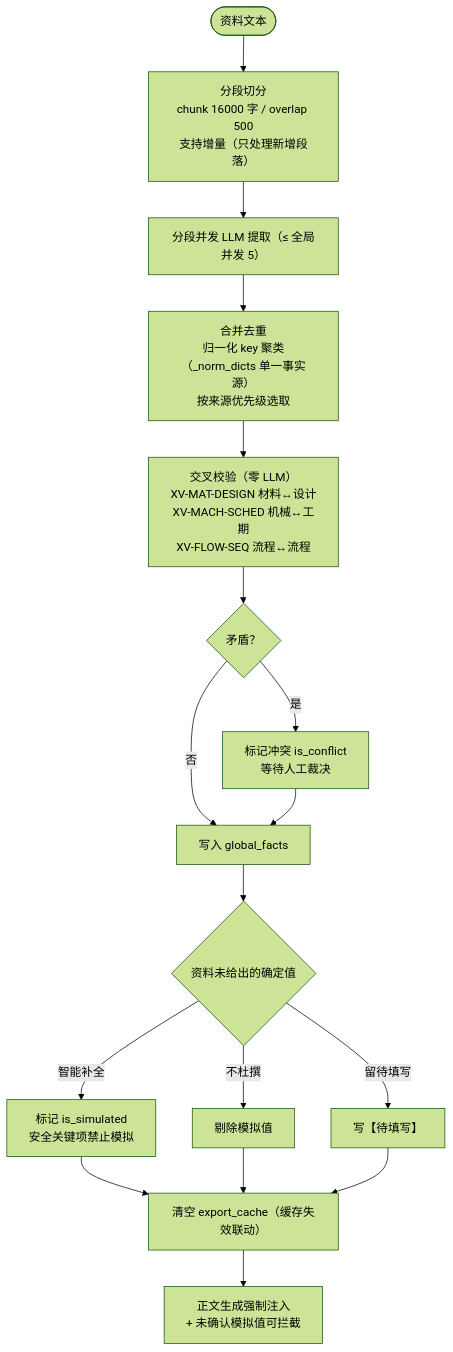
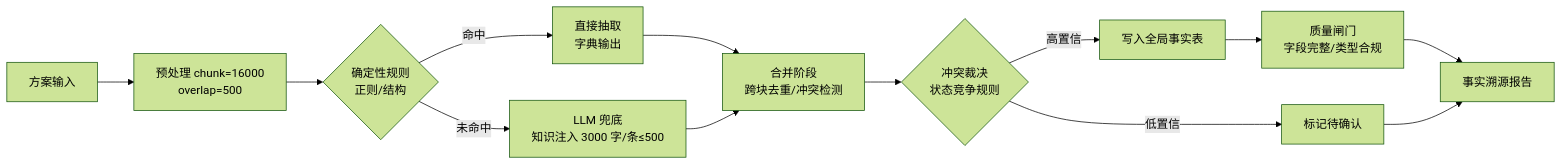
Diagram 16 of 34 in docs/技术架构文档.MD (he-fei-ai/bidforge-jiangong), drawn with Mermaid (forest theme) before and after one commit. The commit also changed other lines of this file and 2 other files, not shown here.

First line of the commit message:
docs: 主文档更新至 v5.4，合并 v5.3 图集并对齐 2026-11-09 实测数字

````diff
--- a/docs/技术架构文档.MD
+++ b/docs/技术架构文档.MD
@@ -668,17 +840,15 @@
 ```mermaid
-flowchart TD
-    A(["资料文本"]) --> B["分段切分<br/>chunk 16000 字 / overlap 500<br/>支持增量（只处理新增段落）"]
-    B --> C["分段并发 LLM 提取（≤ 全局并发 5）"]
-    C --> D["合并去重<br/>归一化 key 聚类（_norm_dicts 单一事实源）<br/>按来源优先级选取"]
-    D --> E["交叉校验（零 LLM）<br/>XV-MAT-DESIGN 材料↔设计<br/>XV-MACH-SCHED 机械↔工期<br/>XV-FLOW-SEQ 流程↔流程"]
-    E --> F{"矛盾？"}
-    F -->|是| G["标记冲突 is_conflict<br/>等待人工裁决"]
-    F -->|否| H["写入 global_facts"]
-    G --> H
-    H --> I{"资料未给出的确定值"}
-    I -->|智能补全| J["标记 is_simulated<br/>安全关键项禁止模拟"]
-    I -->|不杜撰| K["剔除模拟值"]
-    I -->|留待填写| L["写【待填写】"]
-    J & K & L --> M["清空 export_cache（缓存失效联动）"]
-    M --> N["正文生成强制注入<br/>+ 未确认模拟值可拦截"]
+flowchart LR
+    A[方案输入] --> B[预处理 chunk=16000<br/>overlap=500]
+    B --> C{确定性规则<br/>正则/结构}
+    C -->|命中| D[直接抽取<br/>字典输出]
+    C -->|未命中| E[LLM 兜底<br/>知识注入 3000 字/条≤500]
+    D --> F[合并阶段<br/>跨块去重/冲突检测]
+    E --> F
+    F --> G{冲突裁决<br/>状态竞争规则}
+    G -->|高置信| H[写入全局事实表]
+    G -->|低置信| I[标记待确认]
+    H --> J[质量闸门<br/>字段完整/类型合规]
+    J --> K[事实溯源报告]
+    I --> K
 ```
````
